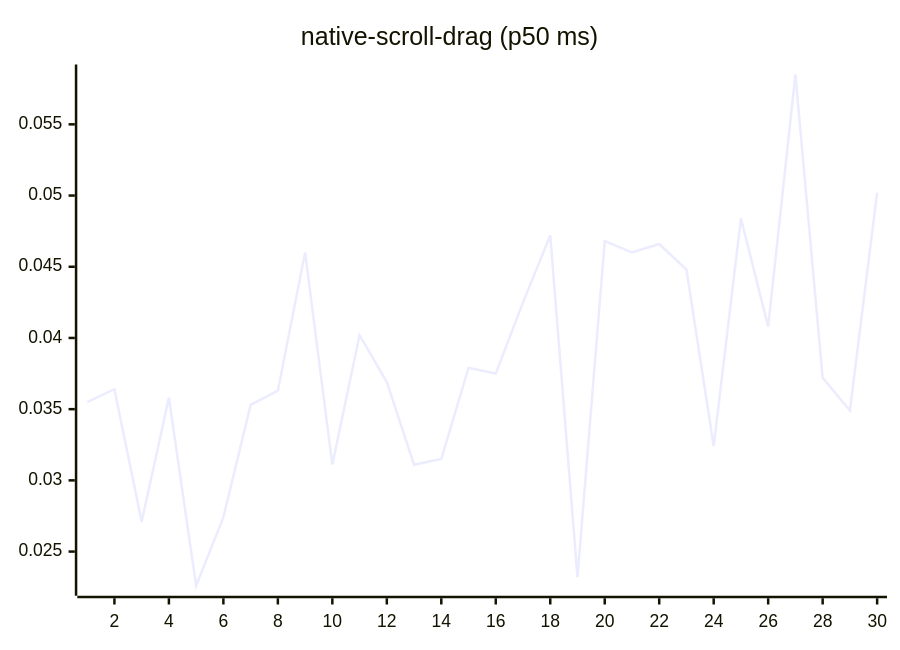
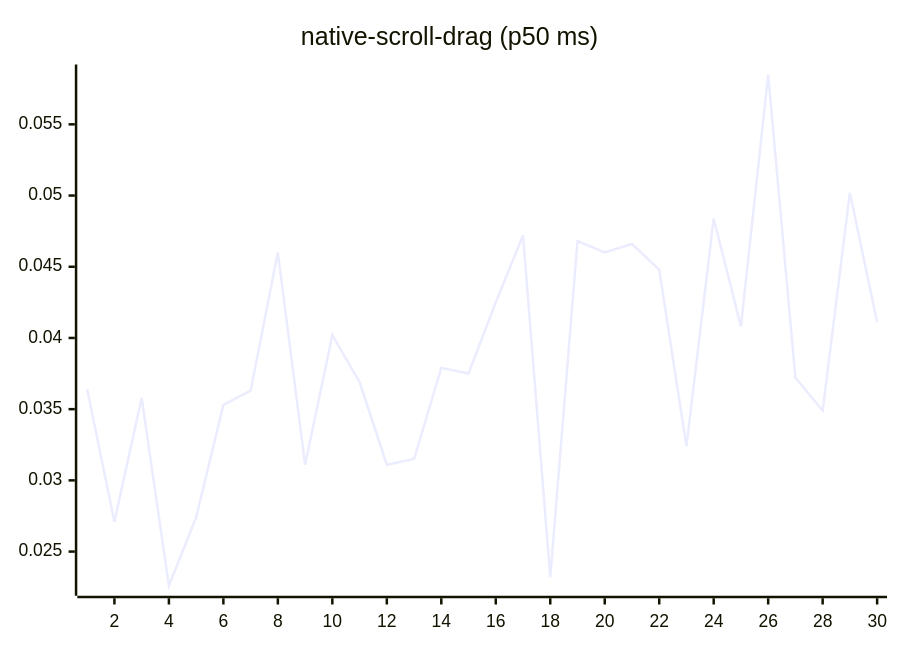
One commit to josha/Facet changed diagram 14 of 27 in README.md. Above: the diagram before and after it, drawn with Mermaid. The commit also changed other lines of this file and 2 other files, not shown here.

````diff
--- a/README.md
+++ b/README.md
@@ -154,6 +154,6 @@
 ```mermaid
 xychart-beta
     title "native-scroll-drag (p50 ms)"
     x-axis 1 --> 30
-    line [0.0355, 0.0364, 0.0271, 0.0358, 0.0226, 0.0274, 0.0353, 0.0363, 0.0460, 0.0311, 0.0402, 0.0369, 0.0311, 0.0315, 0.0379, 0.0375, 0.0425, 0.0472, 0.0232, 0.0468, 0.0460, 0.0466, 0.0448, 0.0324, 0.0484, 0.0408, 0.0585, 0.0372, 0.0349, 0.0502]
+    line [0.0364, 0.0271, 0.0358, 0.0226, 0.0274, 0.0353, 0.0363, 0.0460, 0.0311, 0.0402, 0.0369, 0.0311, 0.0315, 0.0379, 0.0375, 0.0425, 0.0472, 0.0232, 0.0468, 0.0460, 0.0466, 0.0448, 0.0324, 0.0484, 0.0408, 0.0585, 0.0372, 0.0349, 0.0502, 0.0411]
 ```
````
